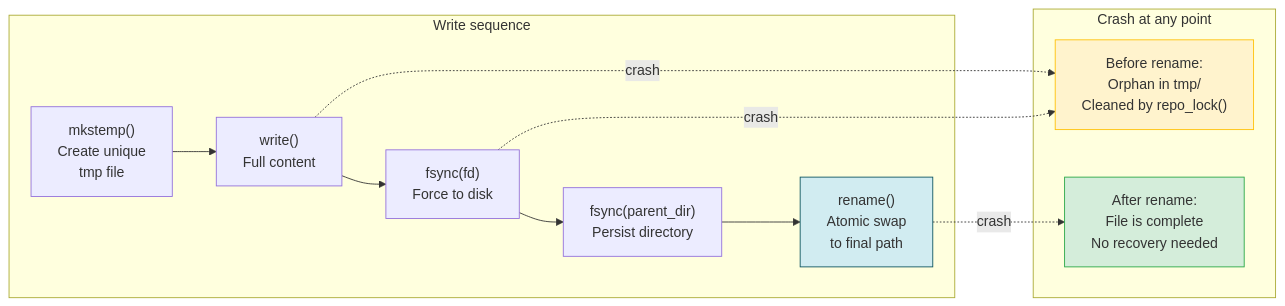
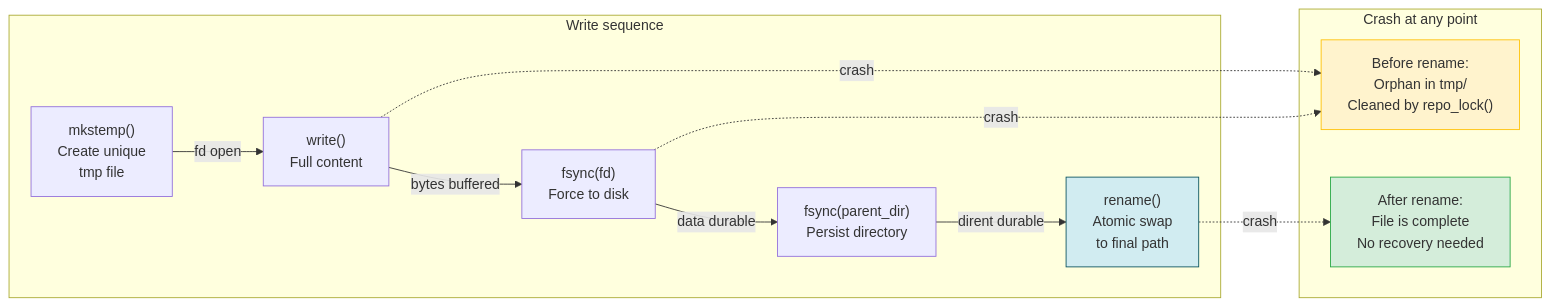
Before and after one commit to vifair22/c-backup: the second of 2 diagrams in diagrams/07-crash-recovery.md, drawn with Mermaid. The commit also changed other lines of this file and 11 other files, not shown here.

````diff
--- a/diagrams/07-crash-recovery.md
+++ b/diagrams/07-crash-recovery.md
@@ -54,25 +54,25 @@
 ```mermaid
 flowchart LR
     subgraph "Write sequence"
         A["mkstemp()<br/>Create unique<br/>tmp file"]
         B["write()<br/>Full content"]
         C["fsync(fd)<br/>Force to disk"]
         D["fsync(parent_dir)<br/>Persist directory"]
         E["rename()<br/>Atomic swap<br/>to final path"]
     end
 
-    A --> B --> C --> D --> E
+    A -->|fd open| B -->|bytes buffered| C -->|data durable| D -->|dirent durable| E
 
     subgraph "Crash at any point"
         X1["Before rename:<br/>Orphan in tmp/<br/>Cleaned by repo_lock()"]
         X2["After rename:<br/>File is complete<br/>No recovery needed"]
     end
 
     B -. "crash" .-> X1
     C -. "crash" .-> X1
     E -. "crash" .-> X2
 
     style X1 fill:#fff3cd,stroke:#ffc107
     style X2 fill:#d4edda,stroke:#28a745
     style E fill:#d1ecf1,stroke:#0c5460
 ```
````
